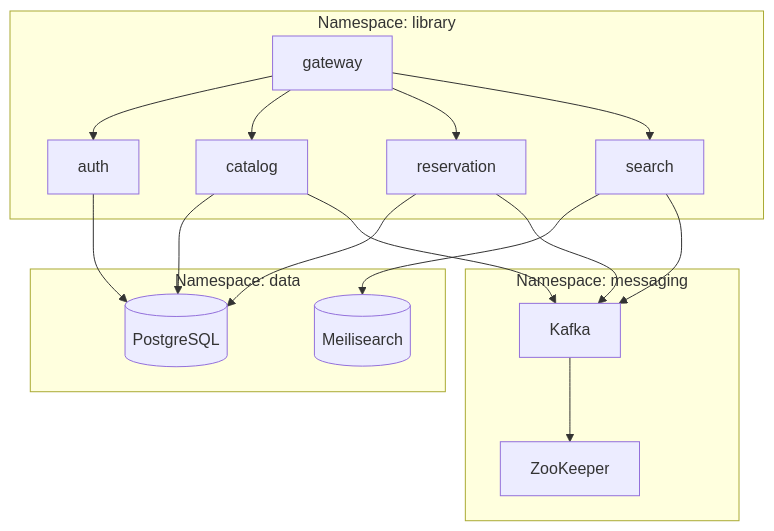
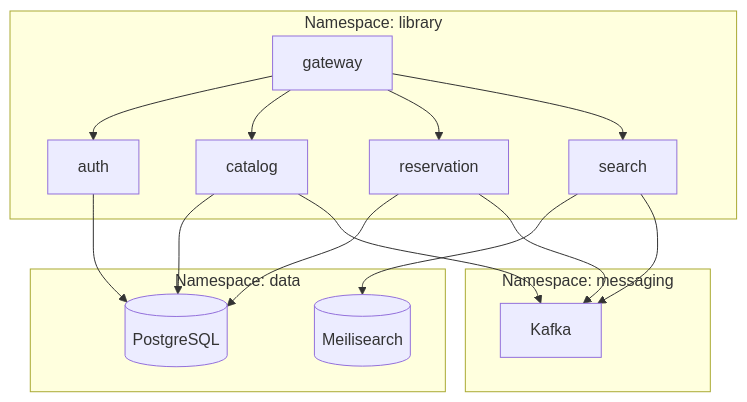
Before and after one commit to fesoliveira014/go-journey: the second of 2 diagrams in docs/src/ch12/index.md, drawn with Mermaid. The commit also changed other lines of this file and 16 other files, not shown here.

````diff
--- a/docs/src/ch12/index.md
+++ b/docs/src/ch12/index.md
@@ -171,33 +171,31 @@
 ```mermaid
 graph TD
     subgraph library [Namespace: library]
         GW[gateway]
         AUTH[auth]
         CAT[catalog]
         RES[reservation]
         SRC[search]
     end
 
     subgraph data [Namespace: data]
         PG[(PostgreSQL)]
         MEI[(Meilisearch)]
     end
 
     subgraph messaging [Namespace: messaging]
         KFK[Kafka]
-        ZK[ZooKeeper]
     end
 
     GW --> AUTH
     GW --> CAT
     GW --> RES
     GW --> SRC
     CAT --> PG
     AUTH --> PG
     RES --> PG
     SRC --> MEI
     CAT --> KFK
     RES --> KFK
     SRC --> KFK
-    KFK --> ZK
 ```
````
